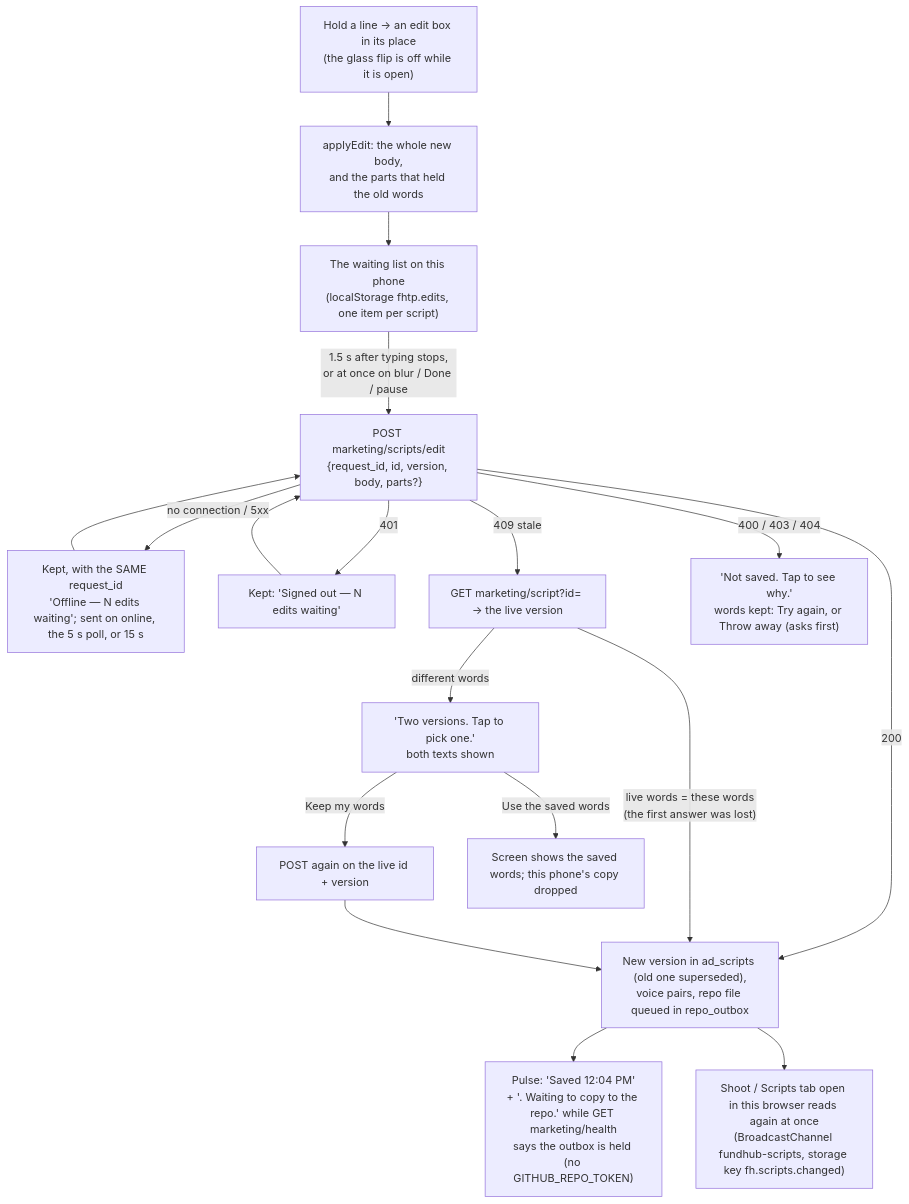
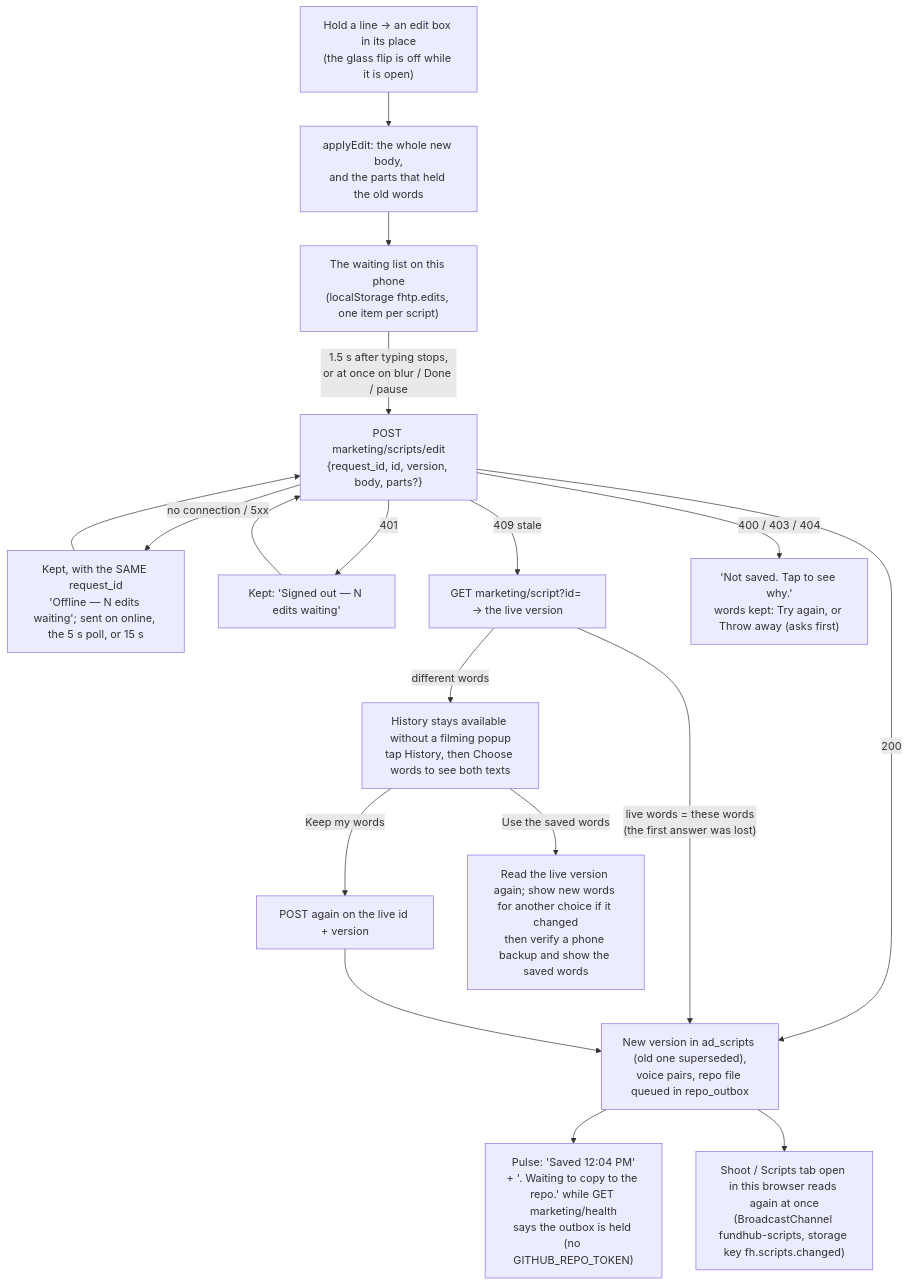
One commit to ZootimusMaximusSupreme/fundhub-platform changed the fourth of 4 diagrams in docs/journeys/shoot-flow.md. Above: the diagram before and after it, drawn with Mermaid. The commit also changed other lines of this file and 20 other files, not shown here.

````diff
--- a/docs/journeys/shoot-flow.md
+++ b/docs/journeys/shoot-flow.md
@@ -75,19 +75,19 @@
 ```mermaid
 flowchart TD
     A["Hold a line → an edit box in its place<br/>(the glass flip is off while it is open)"] --> B["applyEdit: the whole new body,<br/>and the parts that held the old words"]
     B --> Q["The waiting list on this phone<br/>(localStorage fhtp.edits, one item per script)"]
     Q -->|"1.5 s after typing stops,<br/>or at once on blur / Done / pause"| P["POST marketing/scripts/edit<br/>{request_id, id, version, body, parts?}"]
     P -->|200| V["New version in ad_scripts (old one superseded),<br/>voice pairs, repo file queued in repo_outbox"]
     V --> S["Pulse: 'Saved 12:04 PM'<br/>+ '. Waiting to copy to the repo.' while GET marketing/health<br/>says the outbox is held (no GITHUB_REPO_TOKEN)"]
     V --> T["Shoot / Scripts tab open in this browser reads again at once<br/>(BroadcastChannel fundhub-scripts, storage key fh.scripts.changed)"]
     P -->|"no connection / 5xx"| O["Kept, with the SAME request_id<br/>'Offline — N edits waiting'; sent on online, the 5 s poll, or 15 s"]
     P -->|401| U["Kept: 'Signed out — N edits waiting'"]
     O --> P
     U --> P
     P -->|409 stale| L["GET marketing/script?id= → the live version"]
     L -->|"live words = these words<br/>(the first answer was lost)"| V
-    L -->|different words| C["'Two versions. Tap to pick one.'<br/>both texts shown"]
+    L -->|different words| C["History stays available without a filming popup<br/>tap History, then Choose words to see both texts"]
     C -->|Keep my words| P2["POST again on the live id + version"] --> V
-    C -->|Use the saved words| W["Screen shows the saved words; this phone's copy dropped"]
+    C -->|Use the saved words| W["Read the live version again; show new words for another choice if it changed<br/>then verify a phone backup and show the saved words"]
     P -->|"400 / 403 / 404"| F["'Not saved. Tap to see why.'<br/>words kept: Try again, or Throw away (asks first)"]
 ```
````
